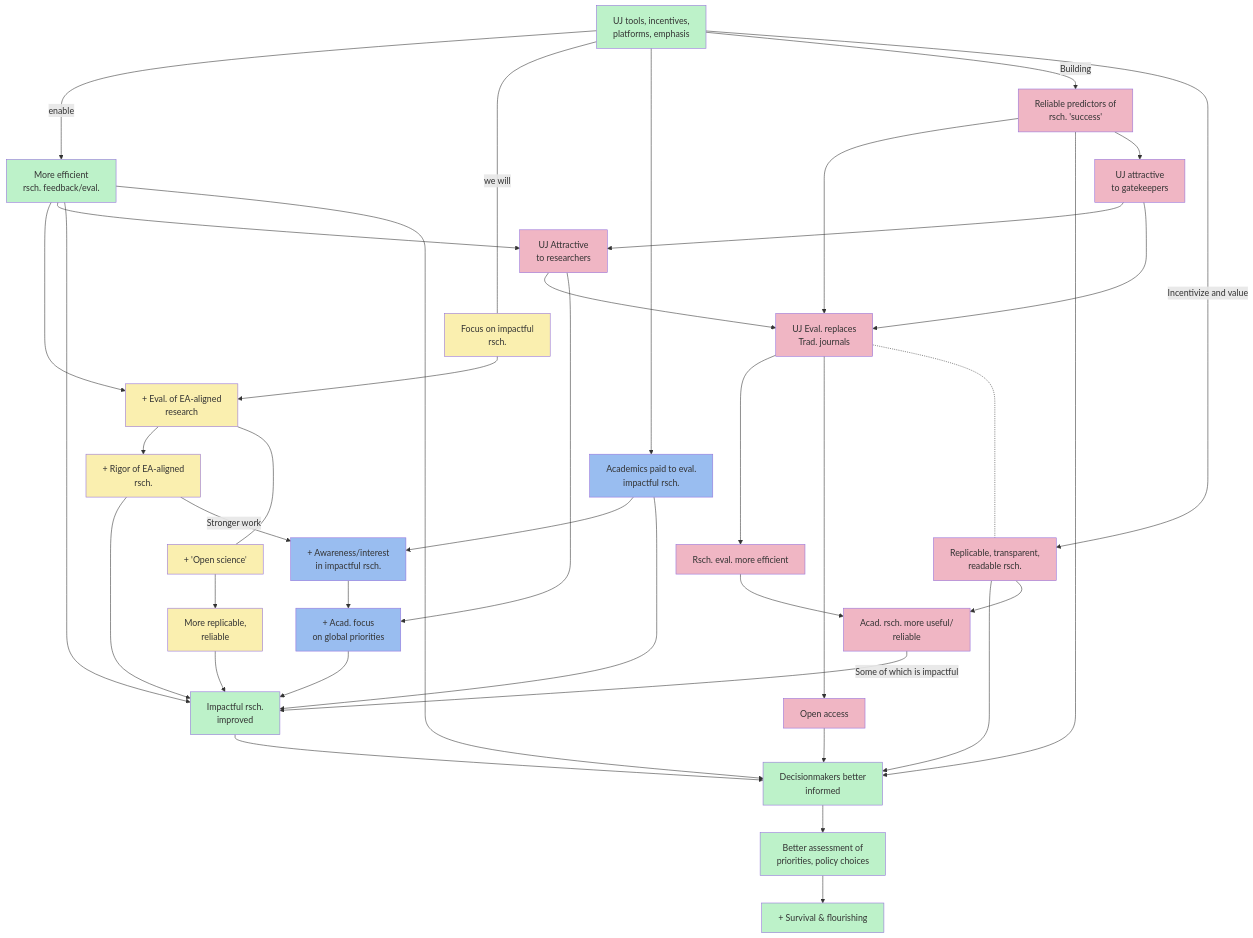
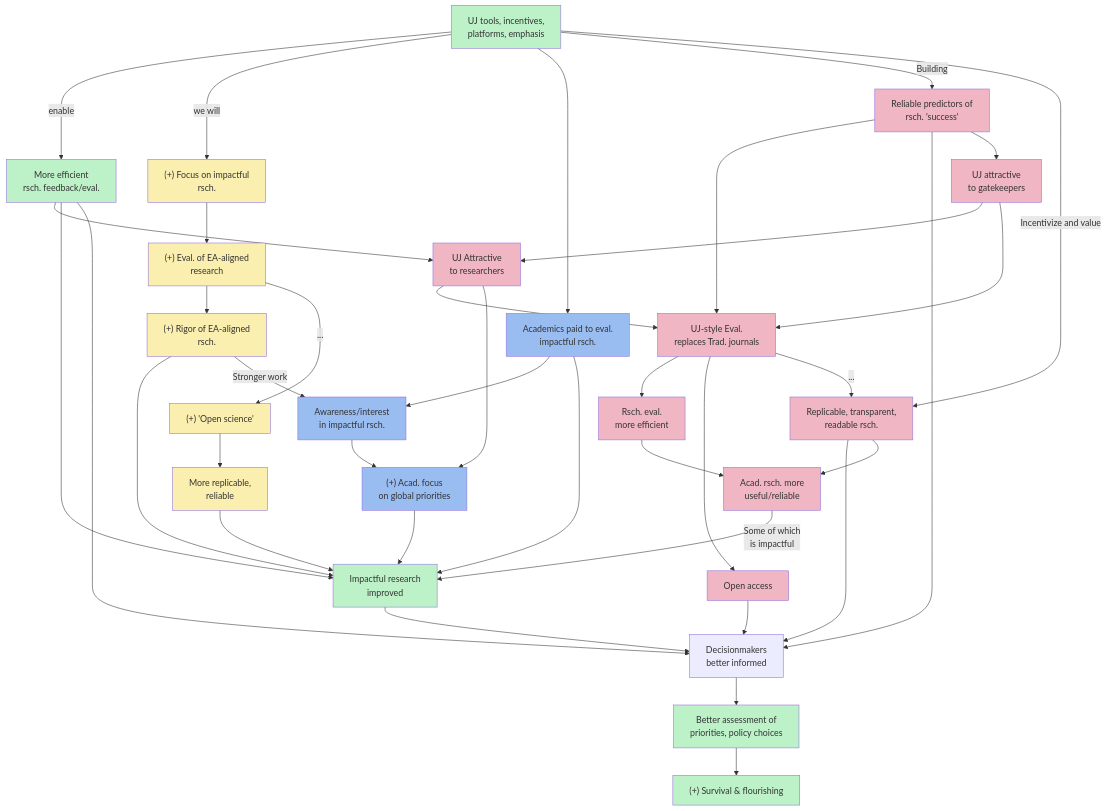
The first of 2 diagrams in benefits-and-features/global-priorities-theory-of-change/README.md (unjournal/unjournal_gitbook), drawn with Mermaid before and after one commit.

Commit message:
GITBOOK-602: fix logic model "+" no longer works in mermaid by itself

````diff
--- a/benefits-and-features/global-priorities-theory-of-change/README.md
+++ b/benefits-and-features/global-priorities-theory-of-change/README.md
@@ -3,39 +3,56 @@
 ```mermaid
 graph TD
 classDef Direct fill:#faefaf
 classDef Multi fill:#bdf2c9
 classDef Integrate fill:#99bdf0
 classDef Systemic fill:#f0b6c4
 
-A0["UJ tools, incentives, <br/> platforms, emphasis"]:::Multi --enable-->  A["More efficient <br/> rsch. feedback/eval."]:::Multi 
-A0 --"we will"--- FocusEA["Focus on impactful <br/> rsch."]:::Direct --> EAR
-A --> EAR["+ evaluation of <br/> EA-aligned rsch."]:::Direct 
-EAR --> EARig["+ Rigor of EA-aligned <br/> rsch."]:::Direct 
-EARig --> A1["Impactful research <br/> improved"]:::Multi 
+A0["UJ tools, incentives,<br/>platforms, emphasis"]:::Multi
+   --enable--> A["More efficient<br/>rsch. feedback/eval."]:::Multi
 
-EAR["+ Eval. of EA-aligned <br/> research"]:::Direct --- OF["+ 'Open science'"]:::Direct --> EARO["More replicable, <br/> reliable"]:::Direct --> A1
-A0 --> PayAcad["Academics paid to eval. <br/> impactful rsch."]:::Integrate --> AcadAware["+ Awareness/interest <br/> in impactful rsch."]:::Integrate --> D1["+ Acad. focus <br/> on global priorities"]:::Integrate 
-PayAcad:::Integrate  --> A1["Impactful rsch. <br/> improved"]:::Multi 
+A0 --"we will"--> FocusEA["(+) Focus on impactful<br/>rsch."]:::Direct 
+FocusEA --> EAR["More evaluation of<br/>EA-aligned rsch."]:::Direct
+EAR --> EARig["(+) Rigor of EA-aligned<br/>rsch."]:::Direct
+EARig --> A1["Impactful research<br/>improved"]:::Multi
+
+EAR["(+) Eval. of EA-aligned<br/>research"]:::Direct 
+   -- "..." --> OF["(+) 'Open science'"]:::Direct 
+OF --> EARO["More replicable,<br/>reliable"]:::Direct
+EARO --> A1
+
+A0 --> PayAcad["Academics paid to eval.<br/>impactful rsch."]:::Integrate 
+PayAcad --> AcadAware[" Awareness/interest<br/>in impactful rsch."]:::Integrate
+AcadAware --> D1["(+) Acad. focus<br/>on global priorities"]:::Integrate
+PayAcad --> A1
+
 EARig --"Stronger work"--> AcadAware
 
-A  --> D["UJ Attractive <br/> to researchers"]
-A --> A1:::Multi 
-A --> A2["Decisionmakers better <br/> informed"]
-A0 --"Building"--> B["Reliable predictors of <br/> rsch. 'success'"]:::Systemic --> B2["UJ-style Eval. replaces <br/> Trad. journals"]:::Systemic 
-B["Reliable predictors of <br/> rsch. 'success'"] --> A2
+A --> D["UJ Attractive<br/>to researchers"]
+A --> A1
+A --> A2["Decisionmakers<br/>better informed"]
 
-D["UJ Attractive <br/> to researchers"]:::Systemic --> B2
-B1["UJ attractive <br/> to gatekeepers"]:::Systemic --> D["UJ Attractive <br/> to researchers"]
-D --> D1 --> A1:::Multi 
-B["Reliable predictors of <br/> rsch. 'success'"] --> B1["UJ attractive <br/> to gatekeepers"] --> B2 
-B2["UJ Eval. replaces <br/> Trad. journals"] --> B3["Rsch. eval. more efficient"]:::Systemic 
-B3 --> RSXreliable["Acad. rsch. more useful/ <br/> reliable"]:::Systemic
+A0 --"Building"--> B["Reliable predictors of<br/>rsch. 'success'"]:::Systemic
+B --> B2["UJ-style Eval.<br/>replaces Trad. journals"]:::Systemic
+B --> A2
 
-RSXreliable --"Some of which is impactful"--> A1 
-B2 --> B4["Open access"]:::Systemic 
-B4 --> A2["Decisionmakers better <br/> informed"]
-A1:::Multi  --> A2:::Direct
-A0 --"Incentivize and value"--> B6["Readable formats"]:::Systemic --> A2:::Multi --> E1["Better assessment of <br/> priorities, policy choices"]:::Multi --> O["+ Survival & flourishing"]:::Multi 
-B6["Replicable, transparent, <br/> readable rsch."]:::Systemic --> RSXreliable
-B2-...-B6
+D:::Systemic --> B2
+B1["UJ attractive<br/>to gatekeepers"]:::Systemic --> D
+D --> D1 --> A1
+B --> B1 --> B2
+
+B2 --> B3["Rsch. eval.<br/>more efficient"]:::Systemic
+B3 --> RSXrel["Acad. rsch. more<br/>useful/reliable"]:::Systemic
+RSXrel --"Some of which<br/>is impactful"--> A1
+
+B2 --> B4["Open access"]:::Systemic
+B4 --> A2
+A1 --> A2
+
+A0 --"Incentivize and value"--> B6["Readable formats"]:::Systemic
+B6 --> A2 --> E1["Better assessment of<br/>priorities, policy choices"]:::Multi
+E1 --> O["(+) Survival & flourishing"]:::Multi
+B6["Replicable, transparent,<br/>readable rsch."]:::Systemic --> RSXrel
+
+B2 -- "..." --> B6
+
 ```
````
